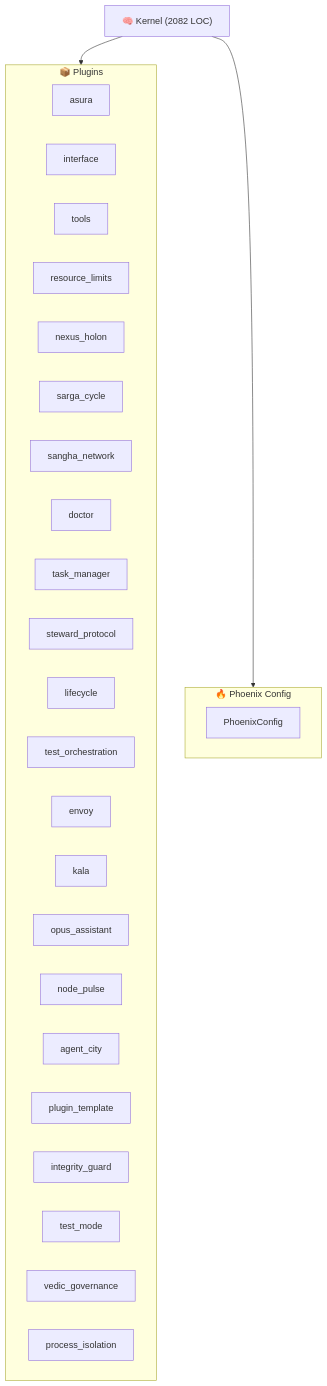
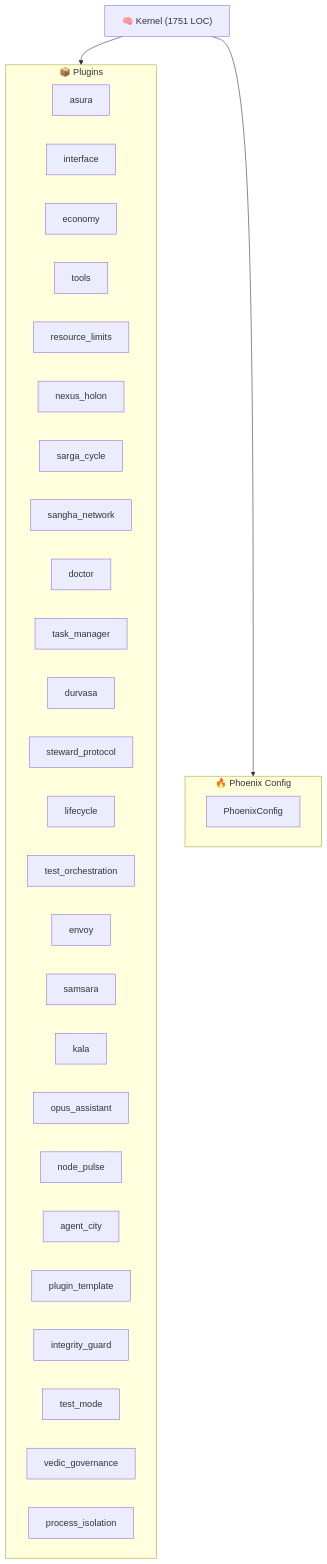
The diagram in ARCHITECTURE.md (kimeisele/steward-protocol), drawn with Mermaid before and after one commit. The commit also changed other lines of this file and 16 other files, not shown here.

````diff
--- a/ARCHITECTURE.md
+++ b/ARCHITECTURE.md
@@ -8,33 +8,36 @@
 ```mermaid
 graph TB
-    K["🧠 Kernel (2082 LOC)"]
+    K["🧠 Kernel (1751 LOC)"]
     subgraph Plugins["📦 Plugins"]
         P_asura["asura"]
         P_interface["interface"]
+        P_economy["economy"]
         P_tools["tools"]
         P_resource_limits["resource_limits"]
         P_nexus_holon["nexus_holon"]
         P_sarga_cycle["sarga_cycle"]
         P_sangha_network["sangha_network"]
         P_doctor["doctor"]
         P_task_manager["task_manager"]
+        P_durvasa["durvasa"]
         P_steward_protocol["steward_protocol"]
         P_lifecycle["lifecycle"]
         P_test_orchestration["test_orchestration"]
         P_envoy["envoy"]
+        P_samsara["samsara"]
         P_kala["kala"]
         P_opus_assistant["opus_assistant"]
         P_node_pulse["node_pulse"]
         P_agent_city["agent_city"]
         P_plugin_template["plugin_template"]
         P_integrity_guard["integrity_guard"]
         P_test_mode["test_mode"]
         P_vedic_governance["vedic_governance"]
         P_process_isolation["process_isolation"]
     end
     K --> Plugins
     subgraph Config["🔥 Phoenix Config"]
         PC[PhoenixConfig]
     end
     K --> Config
 ```
````
